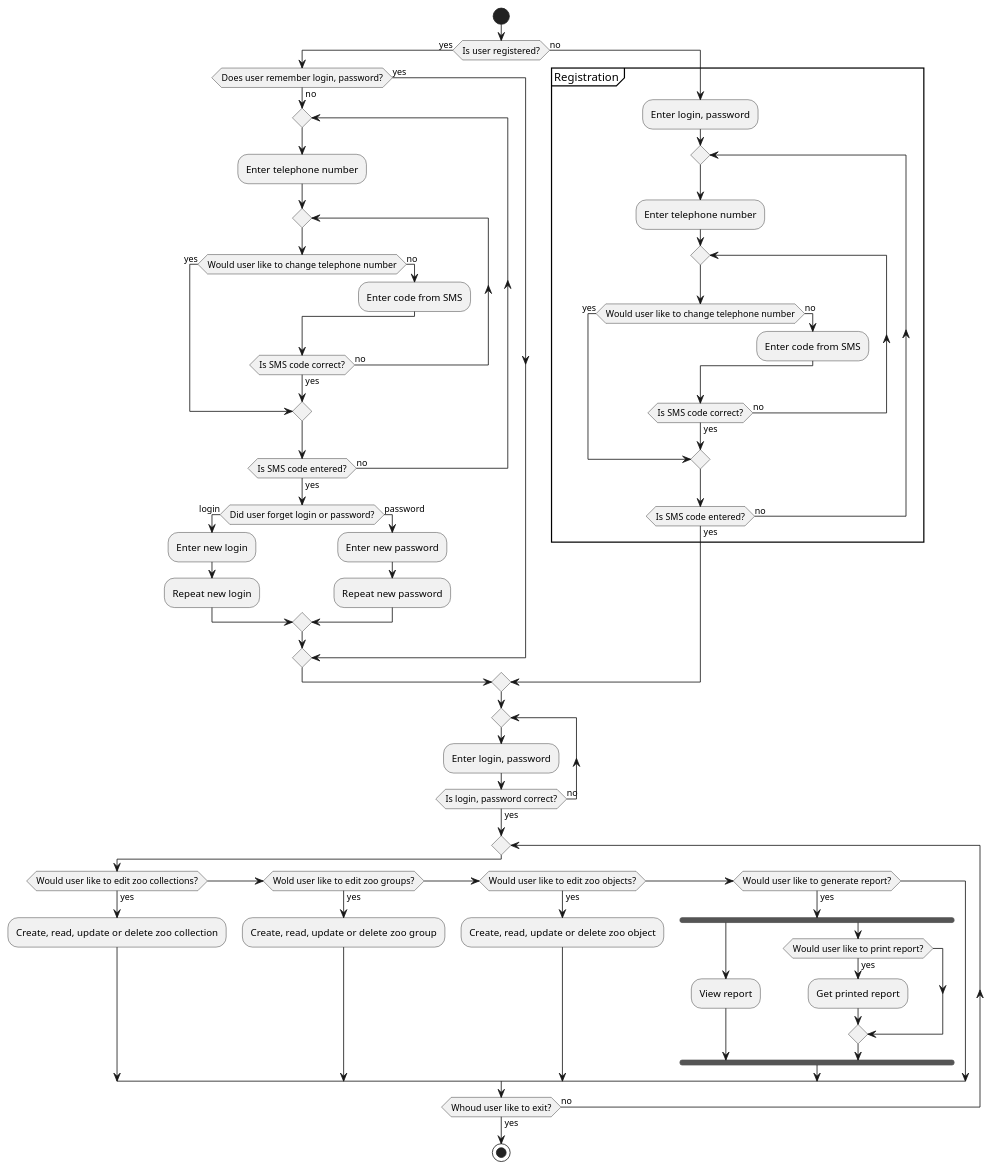
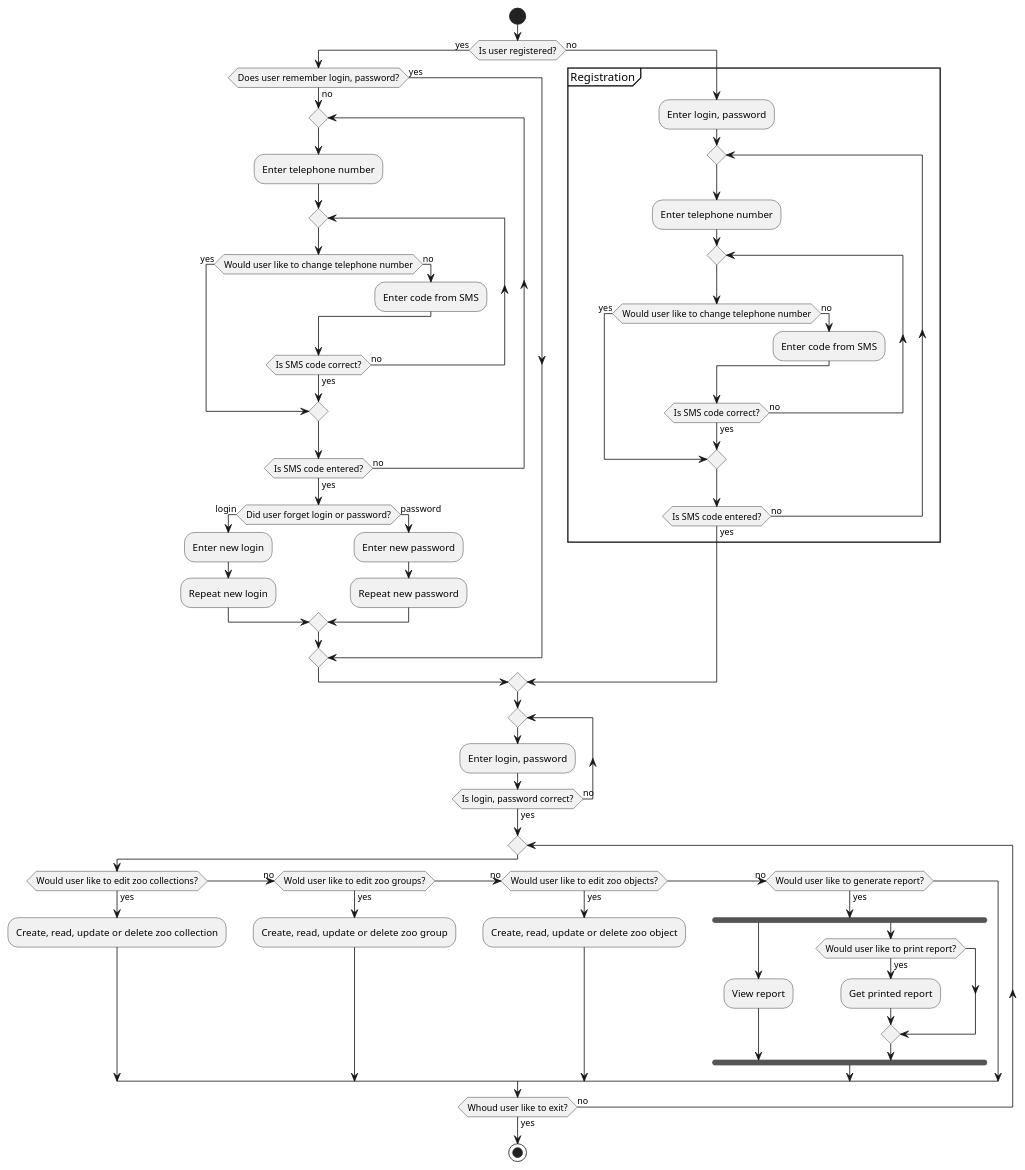
Before and after one commit to ValeryVerkhoturov/software-modeling: the diagram in practice8.puml, drawn with PlantUML.

```diff
--- a/practice8.puml
+++ b/practice8.puml
@@ -1,66 +1,66 @@
 @startuml
 start
 
 if (Is user registered?) then (yes)
     if (Does user remember login, password?) then (yes)
     else (no)
         repeat
             :Enter telephone number;
             repeat
                 if (Would user like to change telephone number) then (yes)
                     break
                 else (no)
                     :Enter code from SMS;
                 endif
             repeat while (Is SMS code correct?) is (no) not (yes)
         repeat while (Is SMS code entered?) is (no) not (yes)
 
         if (Did user forget login or password?) then (login)
             :Enter new login;
             :Repeat new login;
         else (password)
             :Enter new password;
             :Repeat new password;
         endif
     endif
 else (no)
 	group Registration
         :Enter login, password;
         repeat
             :Enter telephone number;
             repeat
                 if (Would user like to change telephone number) then (yes)
                     break
                 else (no)
                     :Enter code from SMS;
                 endif
             repeat while (Is SMS code correct?) is (no) not (yes)
         repeat while (Is SMS code entered?) is (no) not (yes)
     end group
 endif
 
 repeat
 	:Enter login, password;
 repeat while (Is login, password correct?) is (no) not (yes)
 
 repeat
     if (Would user like to edit zoo collections?) then (yes)
         :Create, read, update or delete zoo collection;
-    elseif (Wold user like to edit zoo groups?) then (yes)
+    (no) elseif (Wold user like to edit zoo groups?) then (yes)
         :Create, read, update or delete zoo group;
-    elseif (Would user like to edit zoo objects?) then (yes)
+    (no) elseif (Would user like to edit zoo objects?) then (yes)
         :Create, read, update or delete zoo object;
-    elseif (Would user like to generate report?) then (yes)
+    (no) elseif (Would user like to generate report?) then (yes)
         fork
             :View report;
         fork again
             if (Would user like to print report?) then (yes)
                 :Get printed report;
             endif
         end fork
     endif
 repeat while (Whoud user like to exit?) is (no) not (yes)
 
 
 stop
 @enduml
```
